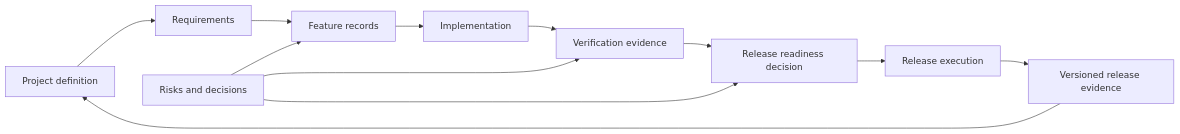
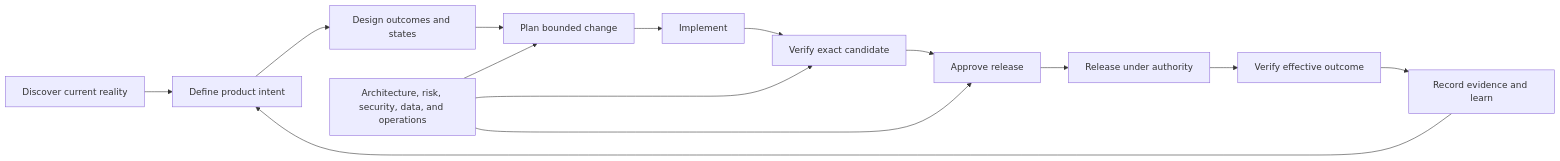
The diagram in README.md (neilrichins/AiReady), drawn with Mermaid before and after one commit. The commit also changed other lines of this file and 45 other files, not shown here.

````diff
--- a/README.md
+++ b/README.md
@@ -11,14 +54,16 @@
 ```mermaid
 flowchart LR
-    A["Project definition"] --> B["Requirements"]
-    B --> C["Feature records"]
-    C --> D["Implementation"]
-    D --> E["Verification evidence"]
-    E --> F["Release readiness decision"]
-    F --> G["Release execution"]
-    G --> H["Versioned release evidence"]
-    H --> A
-    I["Risks and decisions"] --> C
-    I --> E
-    I --> F
+    A["Discover current reality"] --> B["Define product intent"]
+    B --> C["Design outcomes and states"]
+    C --> D["Plan bounded change"]
+    D --> E["Implement"]
+    E --> F["Verify exact candidate"]
+    F --> G["Approve release"]
+    G --> H["Release under authority"]
+    H --> I["Verify effective outcome"]
+    I --> J["Record evidence and learn"]
+    J --> B
+    K["Architecture, risk, security, data, and operations"] --> D
+    K --> F
+    K --> G
 ```
````
